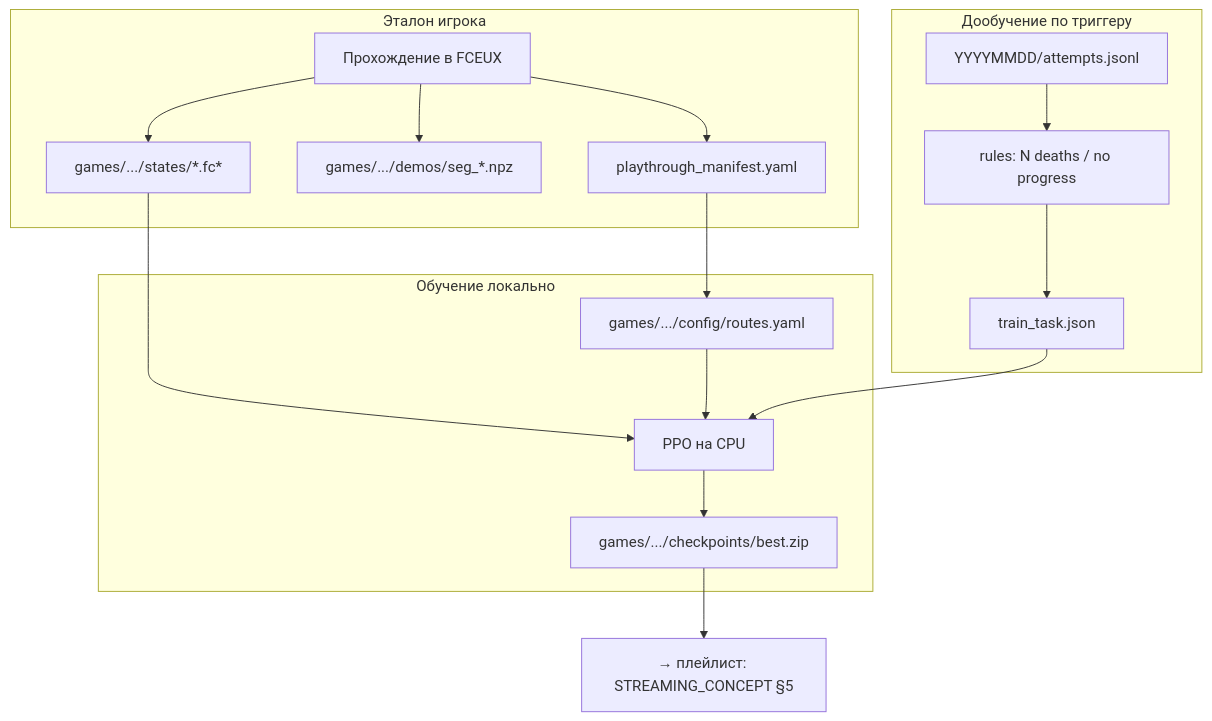
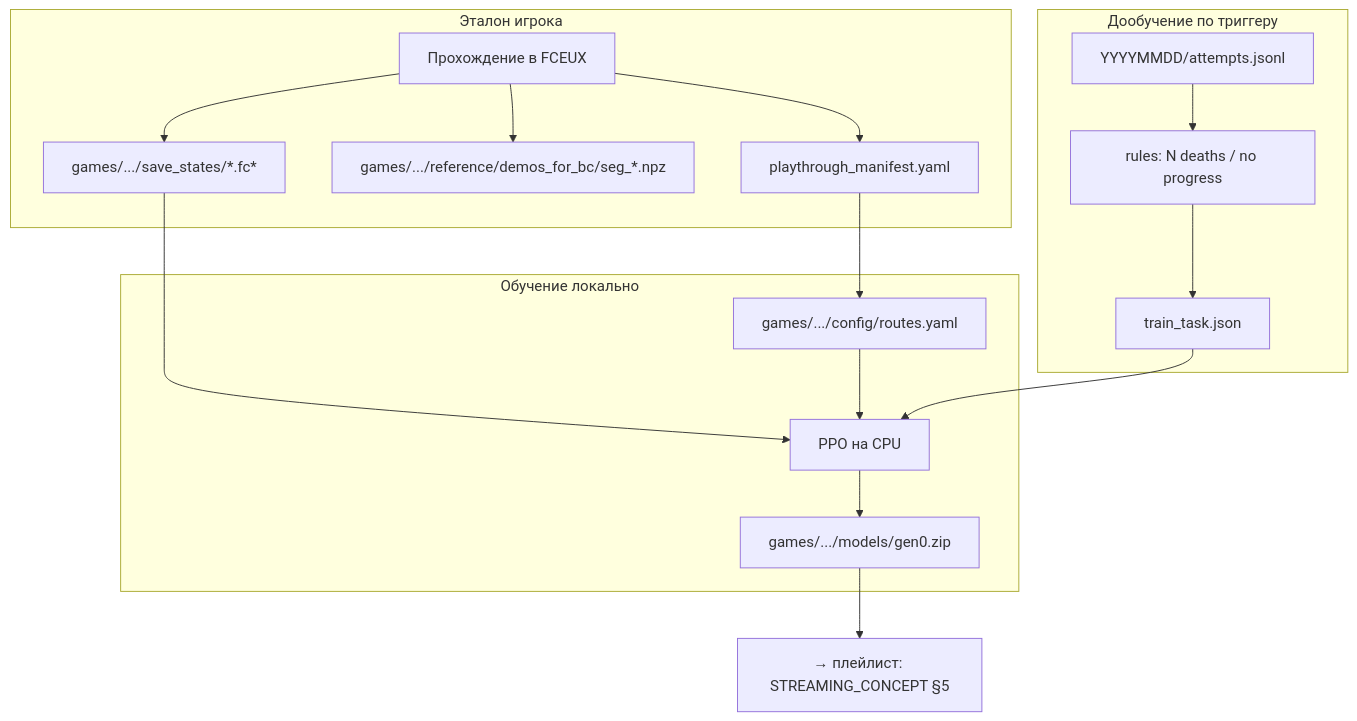
The diagram in docs/ML_CONCEPT.md (dimadroog/wait), drawn with Mermaid before and after one commit. The commit also changed other lines of this file and 43 other files, not shown here.

First line of the commit message:
refactor(artifacts): models/genN, save_states, demos_for_bc

````diff
--- a/docs/ML_CONCEPT.md
+++ b/docs/ML_CONCEPT.md
@@ -85,33 +85,33 @@
 ```mermaid
 flowchart TB
     subgraph record [Эталон игрока]
         HumanPlay[Прохождение в FCEUX]
         Manifest[playthrough_manifest.yaml]
-        Demos[games/.../demos/seg_*.npz]
-        States[games/.../states/*.fc*]
+        Demos[games/.../reference/demos_for_bc/seg_*.npz]
+        States[games/.../save_states/*.fc*]
         HumanPlay --> Manifest
         HumanPlay --> Demos
         HumanPlay --> States
     end
 
     subgraph train [Обучение локально]
         Routes[games/.../config/routes.yaml]
         LocalPPO[PPO на CPU]
-        Checkpoint[games/.../checkpoints/best.zip]
+        ModelZip[games/.../models/gen0.zip]
         Manifest --> Routes
         States --> LocalPPO
         Routes --> LocalPPO
-        LocalPPO --> Checkpoint
+        LocalPPO --> ModelZip
     end
 
     subgraph finetune [Дообучение по триггеру]
         Trigger["rules: N deaths / no progress"]
         Task[train_task.json]
         Attempts[YYYYMMDD/attempts.jsonl]
         Trigger --> Task
         Task --> LocalPPO
         Attempts --> Trigger
     end
 
-    Checkpoint --> Infer[→ плейлист: STREAMING_CONCEPT §5]
+    ModelZip --> Infer[→ плейлист: STREAMING_CONCEPT §5]
 ```
````
